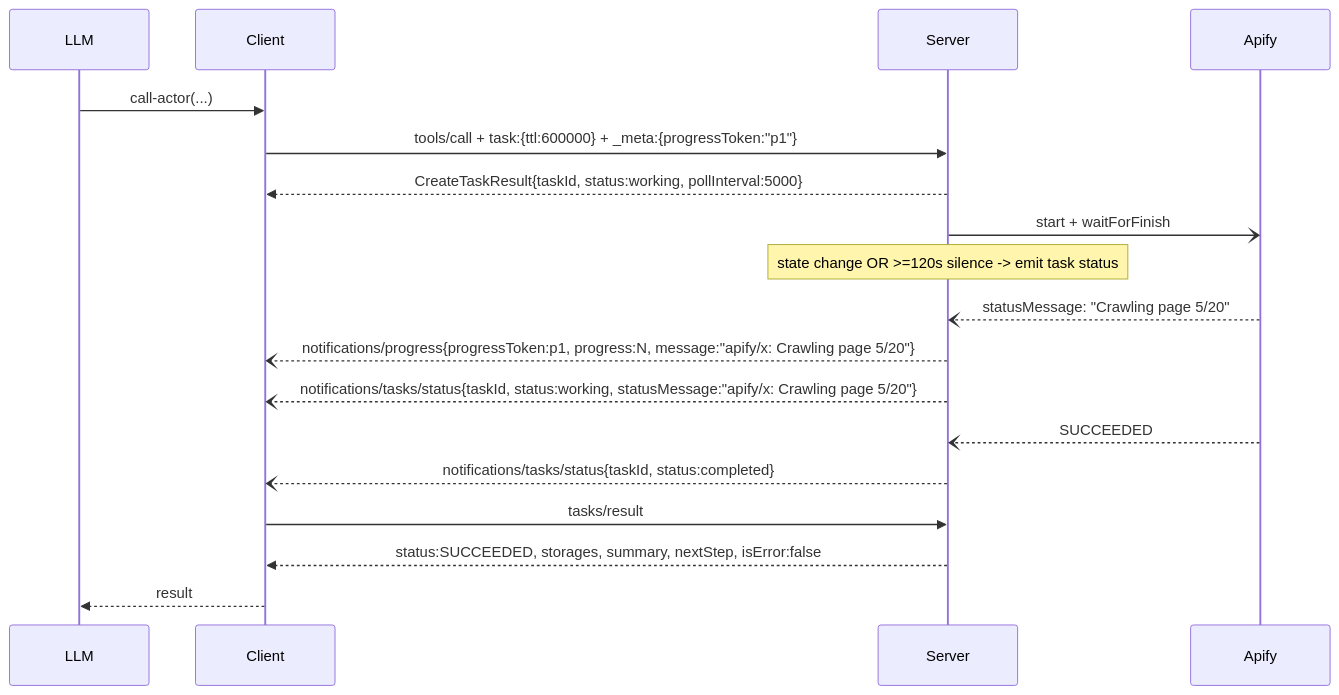
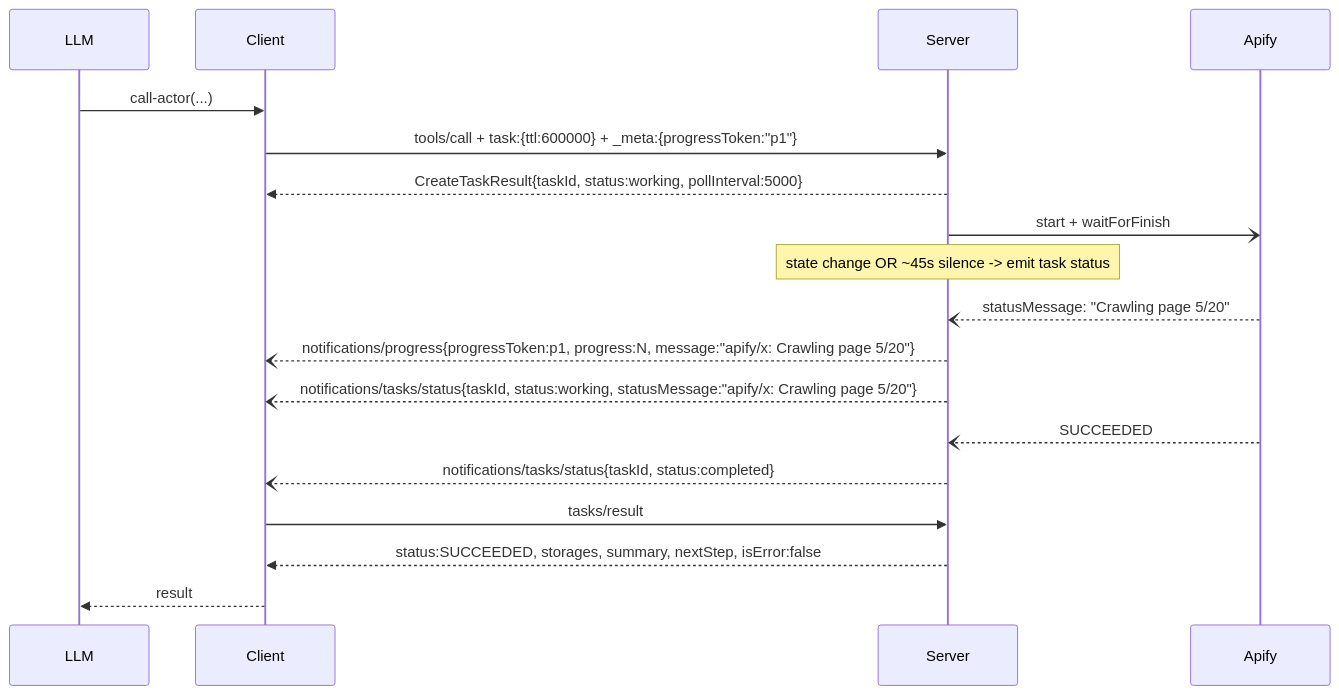
Before and after one commit to apify/apify-mcp-server: the second of 2 diagrams in res/call_actor_redesign_v4.md, drawn with Mermaid. The commit also changed other lines of this file and 3 other files, not shown here.

````diff
--- a/res/call_actor_redesign_v4.md
+++ b/res/call_actor_redesign_v4.md
@@ -370,20 +360,20 @@
 ```mermaid
 sequenceDiagram
   participant LLM
   participant Client
   participant Server
   participant Apify
   LLM->>Client: call-actor(...)
   Client->>Server: tools/call + task:{ttl:600000} + _meta:{progressToken:"p1"}
   Server-->>Client: CreateTaskResult{taskId, status:working, pollInterval:5000}
   Server-)Apify: start + waitForFinish
-  Note over Server: state change OR >=120s silence -> emit task status
+  Note over Server: state change OR ~45s silence -> emit task status
   Apify--)Server: statusMessage: "Crawling page 5/20"
   Server--)Client: notifications/progress{progressToken:p1, progress:N, message:"apify/x: Crawling page 5/20"}
   Server--)Client: notifications/tasks/status{taskId, status:working, statusMessage:"apify/x: Crawling page 5/20"}
   Apify--)Server: SUCCEEDED
   Server--)Client: notifications/tasks/status{taskId, status:completed}
   Client->>Server: tasks/result
   Server-->>Client: status:SUCCEEDED, storages, summary, nextStep, isError:false
   Client-->>LLM: result
 ```
````
